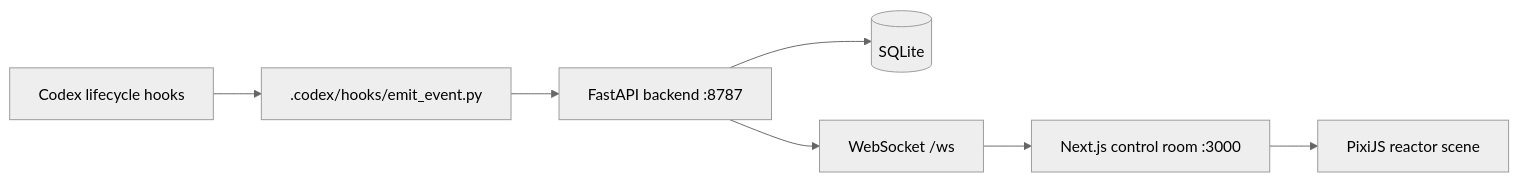
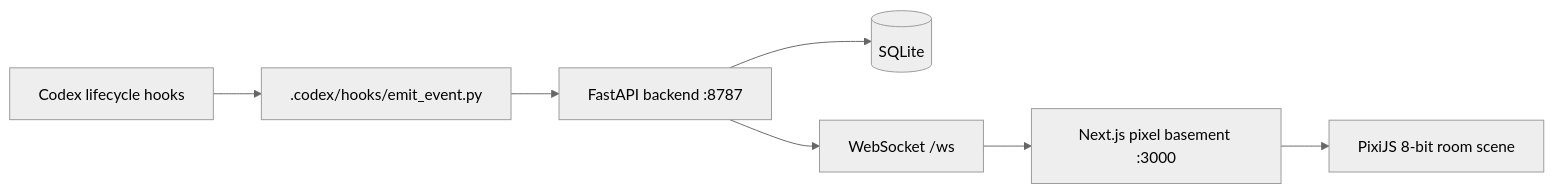
Before and after one commit to X3264L/ricks-basement: the diagram in README.md, drawn with Mermaid (neutral theme). The commit also changed other lines of this file and 40 other files, not shown here.

````diff
--- a/README.md
+++ b/README.md
@@ -30,9 +31,9 @@
 ```mermaid
 flowchart LR
   Codex["Codex lifecycle hooks"] --> Hooks[".codex/hooks/emit_event.py"]
   Hooks --> API["FastAPI backend :8787"]
   API --> SQLite[("SQLite")]
   API --> WS["WebSocket /ws"]
-  WS --> UI["Next.js control room :3000"]
-  UI --> Pixi["PixiJS reactor scene"]
+  WS --> UI["Next.js pixel basement :3000"]
+  UI --> Pixi["PixiJS 8-bit room scene"]
 ```
````
